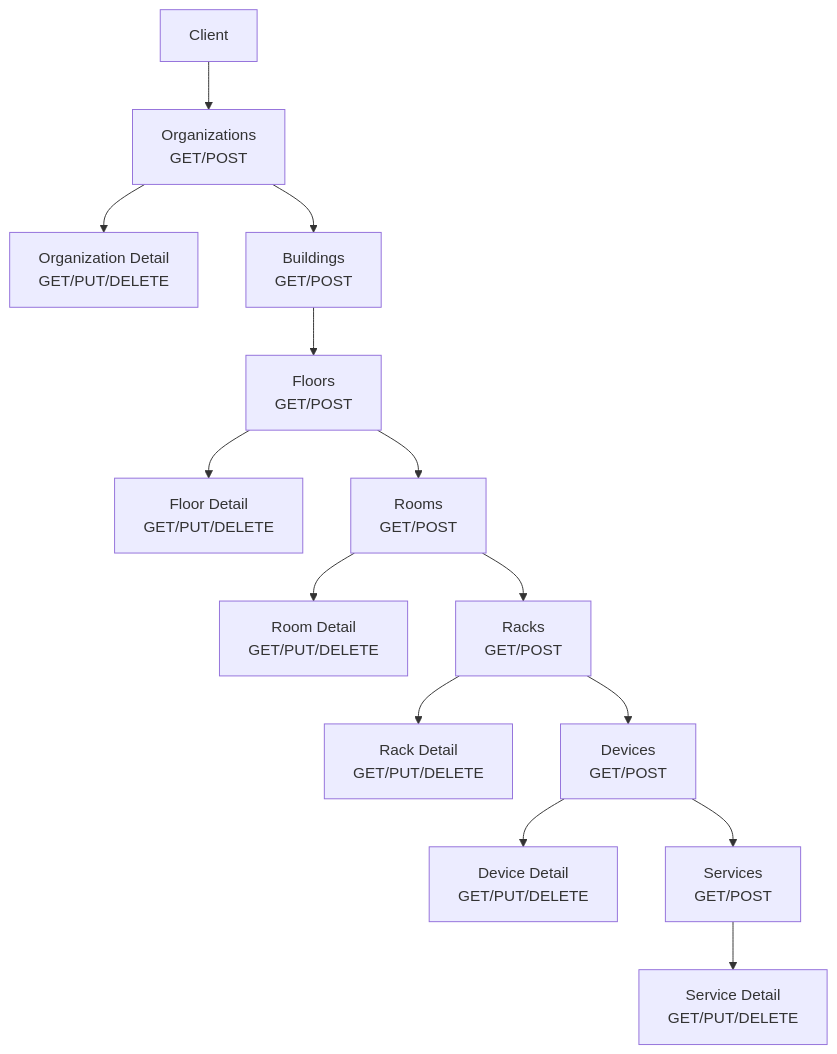
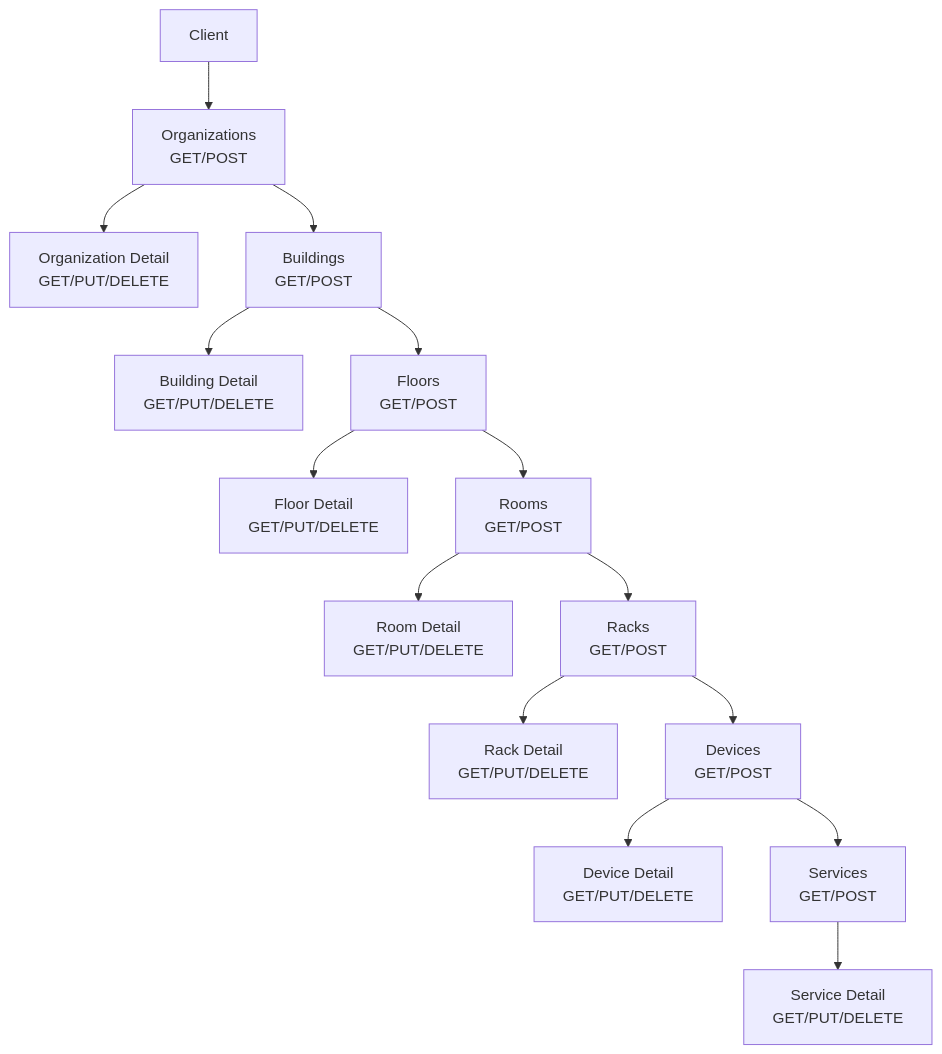
The first of 3 diagrams in .qoder/repowiki/en/content/API Endpoints & Services/Core API Endpoints.md (celebigilfatih/infrascope), drawn with Mermaid before and after one commit. The commit also changed other lines of this file and 13 other files, not shown here.

````diff
--- a/.qoder/repowiki/en/content/API Endpoints & Services/Core API Endpoints.md
+++ b/.qoder/repowiki/en/content/API Endpoints & Services/Core API Endpoints.md
@@ -47,30 +54,32 @@
 ```mermaid
 graph TB
 Client["Client"]
 Org["Organizations<br/>GET/POST"]
 OrgID["Organization Detail<br/>GET/PUT/DELETE"]
 Bld["Buildings<br/>GET/POST"]
+BldID["Building Detail<br/>GET/PUT/DELETE"]
 Flr["Floors<br/>GET/POST"]
 FlrID["Floor Detail<br/>GET/PUT/DELETE"]
 Rm["Rooms<br/>GET/POST"]
 RmID["Room Detail<br/>GET/PUT/DELETE"]
 Rack["Racks<br/>GET/POST"]
 RackID["Rack Detail<br/>GET/PUT/DELETE"]
 Dev["Devices<br/>GET/POST"]
 DevID["Device Detail<br/>GET/PUT/DELETE"]
 Svc["Services<br/>GET/POST"]
 SvcID["Service Detail<br/>GET/PUT/DELETE"]
 Client --> Org
 Org --> OrgID
 Org --> Bld
+Bld --> BldID
 Bld --> Flr
 Flr --> FlrID
 Flr --> Rm
 Rm --> RmID
 Rm --> Rack
 Rack --> RackID
 Rack --> Dev
 Dev --> DevID
 Dev --> Svc
 Svc --> SvcID
 ```
````
